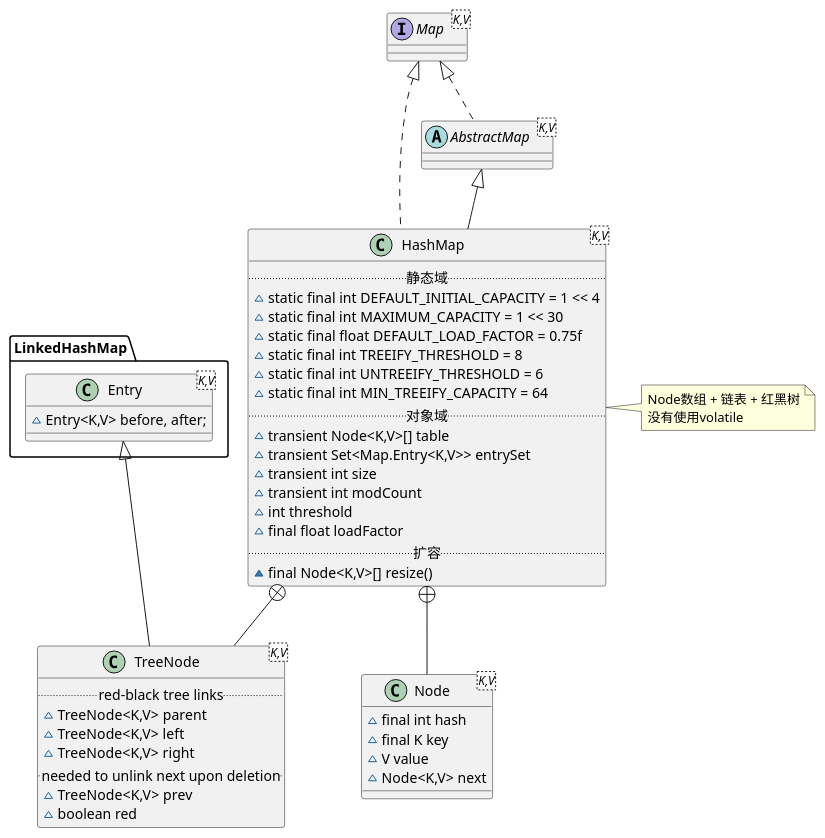
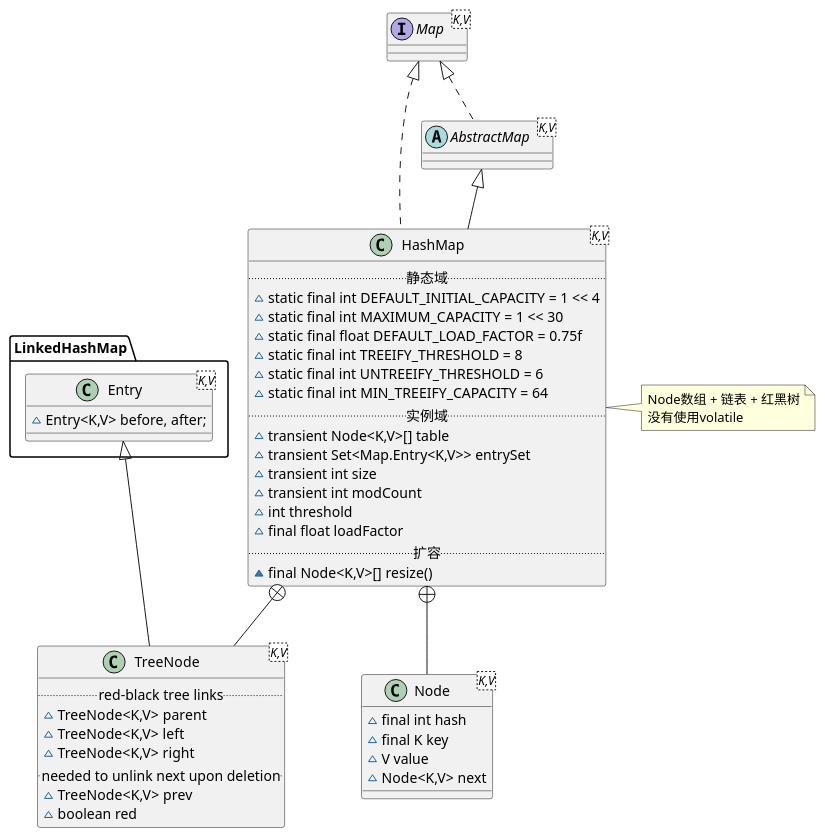
One commit to onlyonion/development changed the fourth of 4 diagrams in 10-java/src/java/collections/map.HashMap.md. Above: the diagram before and after it, drawn with PlantUML. The commit also changed other lines of this file and 23 other files, not shown here.

````diff
--- a/10-java/src/java/collections/map.HashMap.md
+++ b/10-java/src/java/collections/map.HashMap.md
@@ -175,64 +175,64 @@
 ```plantuml
 @startuml
 
 ''''''''''''''''''''''''' Map ''''''''''''''''''''''''''''''
 interface Map<K,V>
 abstract class AbstractMap<K,V> 
 Map <|.. AbstractMap
 
 ''''''''''''''''''''''''' HashMap ''''''''''''''''''''''''''''''
 class HashMap<K,V> {
     .. 静态域 ..
     ~ static final int DEFAULT_INITIAL_CAPACITY = 1 << 4
     ~ static final int MAXIMUM_CAPACITY = 1 << 30
     ~ static final float DEFAULT_LOAD_FACTOR = 0.75f
     ~ static final int TREEIFY_THRESHOLD = 8
     ~ static final int UNTREEIFY_THRESHOLD = 6
     ~ static final int MIN_TREEIFY_CAPACITY = 64
-    .. 对象域 ..
+    .. 实例域 ..
     ~ transient Node<K,V>[] table
     ~ transient Set<Map.Entry<K,V>> entrySet
     ~ transient int size
     ~ transient int modCount
     ~ int threshold
     ~ final float loadFactor
     .. 扩容 ..
     ~ final Node<K,V>[] resize()
 }
 
 note right
 Node数组 + 链表 + 红黑树
 没有使用volatile
 end note
 
 Map <|.. HashMap
 AbstractMap <|-- HashMap
 
 ''''''''''''''''''''''''' Node ''''''''''''''''''''''''''''''
 class Node<K,V> {
     ~ final int hash
     ~ final K key
     ~ V value
     ~ Node<K,V> next
 }
 
 HashMap +-- Node
 
 ''''''''''''''''''''''''' 红黑树 ''''''''''''''''''''''''''''''
 class LinkedHashMap.Entry<K,V> {
     ~ Entry<K,V> before, after;
 }
 class TreeNode<K,V> {
     .. red-black tree links ..
     ~ TreeNode<K,V> parent
     ~ TreeNode<K,V> left
     ~ TreeNode<K,V> right
     .. needed to unlink next upon deletion ..
     ~ TreeNode<K,V> prev
     ~ boolean red
 }
 LinkedHashMap.Entry <|-- TreeNode
 HashMap +-- TreeNode
 
 @enduml
 ```
````
